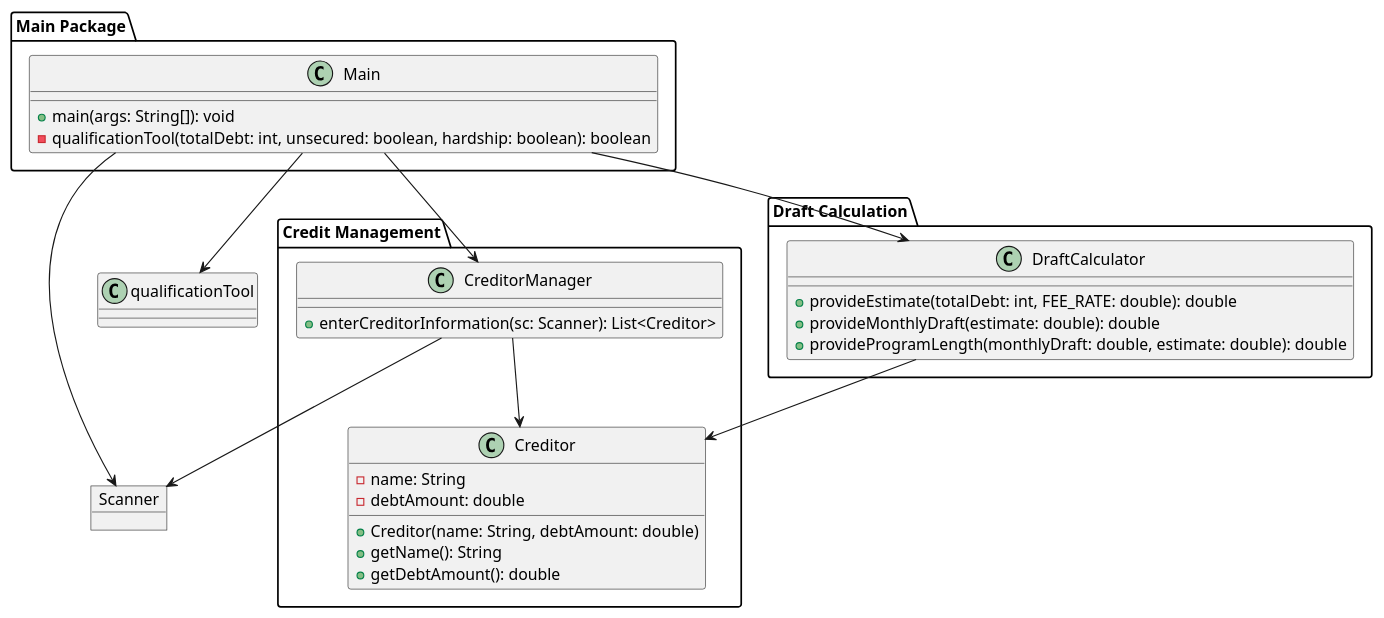
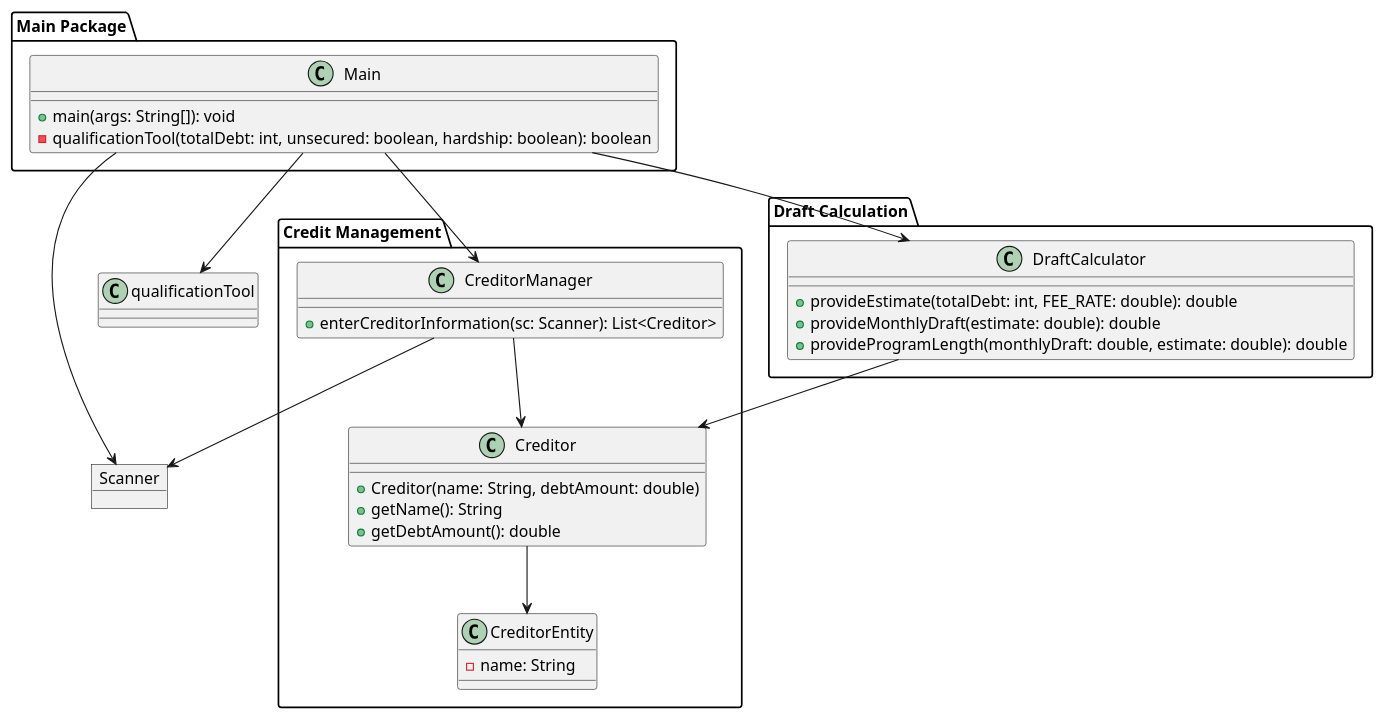
The diagram in UML Diagrams/Overview.puml (AlexSvobo/IS147-Project), drawn with PlantUML before and after one commit.

Commit message:
update UML to include CreditorEntity

```diff
--- a/UML Diagrams/Overview.puml
+++ b/UML Diagrams/Overview.puml
@@ -1,43 +1,45 @@
 @startuml
 package "Main Package" {
     class Main {
         + main(args: String[]): void
         - qualificationTool(totalDebt: int, unsecured: boolean, hardship: boolean): boolean
     }
 }
 
 package "Credit Management" {
     class CreditorManager {
         + enterCreditorInformation(sc: Scanner): List<Creditor>
     }
     class Creditor {
-        - name: String
-        - debtAmount: double
         + Creditor(name: String, debtAmount: double)
         + getName(): String
         + getDebtAmount(): double
+    }
+    class CreditorEntity {
+        - name: String
     }
 }
 
 package "Draft Calculation" {
     class DraftCalculator {
         + provideEstimate(totalDebt: int, FEE_RATE: double): double
         + provideMonthlyDraft(estimate: double): double
         + provideProgramLength(monthlyDraft: double, estimate: double): double
     }
 }
 
 object Scanner {
 }
 
 Main --> Scanner
 Main --> CreditorManager
 Main --> DraftCalculator
 Main --> qualificationTool
 
 CreditorManager --> Scanner
 CreditorManager --> Creditor
+Creditor --> CreditorEntity
 
 DraftCalculator --> Creditor
 
 @enduml
```
